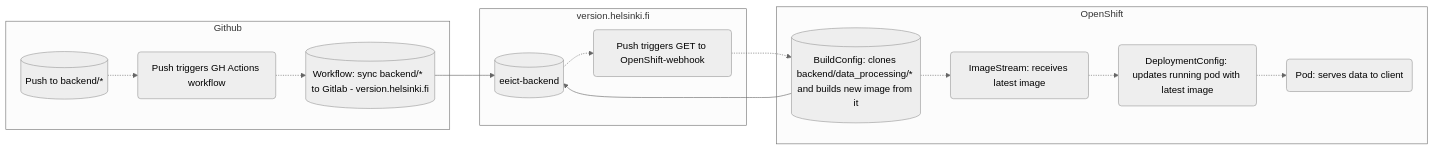
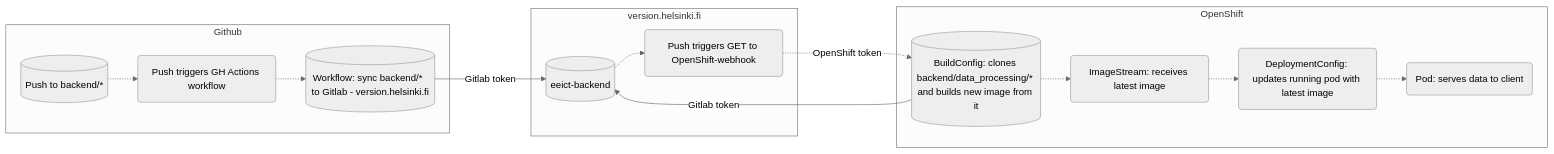
Before and after one commit to ohtuprojekti-Elisa/suunnitteludokumentaatio: the diagram in tekninen_suunnittelu/backend/eeict-backend.md, drawn with Mermaid (neutral theme).

Commit message:
Kaavio päivitetty

````diff
--- a/tekninen_suunnittelu/backend/eeict-backend.md
+++ b/tekninen_suunnittelu/backend/eeict-backend.md
@@ -35,22 +35,22 @@
 ```mermaid
 flowchart LR
   subgraph Github
       push[(Push to backend/*)] -.-> gh
       gh(Push triggers GH Actions workflow) -.-> ac[(Workflow: sync backend/*  to Gitlab - version.helsinki.fi)]
   end
 
-  ac --> repo
+  ac --"Gitlab token"--> repo
 
   subgraph version.helsinki.fi
       repo[(eeict-backend)] -.-> wh(Push triggers GET to OpenShift-webhook)
   end
 
-  wh -.-> osbc
-  osbc --> repo
+  wh -."OpenShift token".-> osbc
+  osbc --"Gitlab token"--> repo
 
   subgraph OpenShift
       osbc[(BuildConfig: clones backend/data_processing/* and builds new image from it)] -.-> osis(ImageStream: receives latest image)
       osis -.-> osdc(DeploymentConfig: updates running pod with latest image)
       osdc -.-> osp(Pod: serves data to client)
   end
 ```
````
